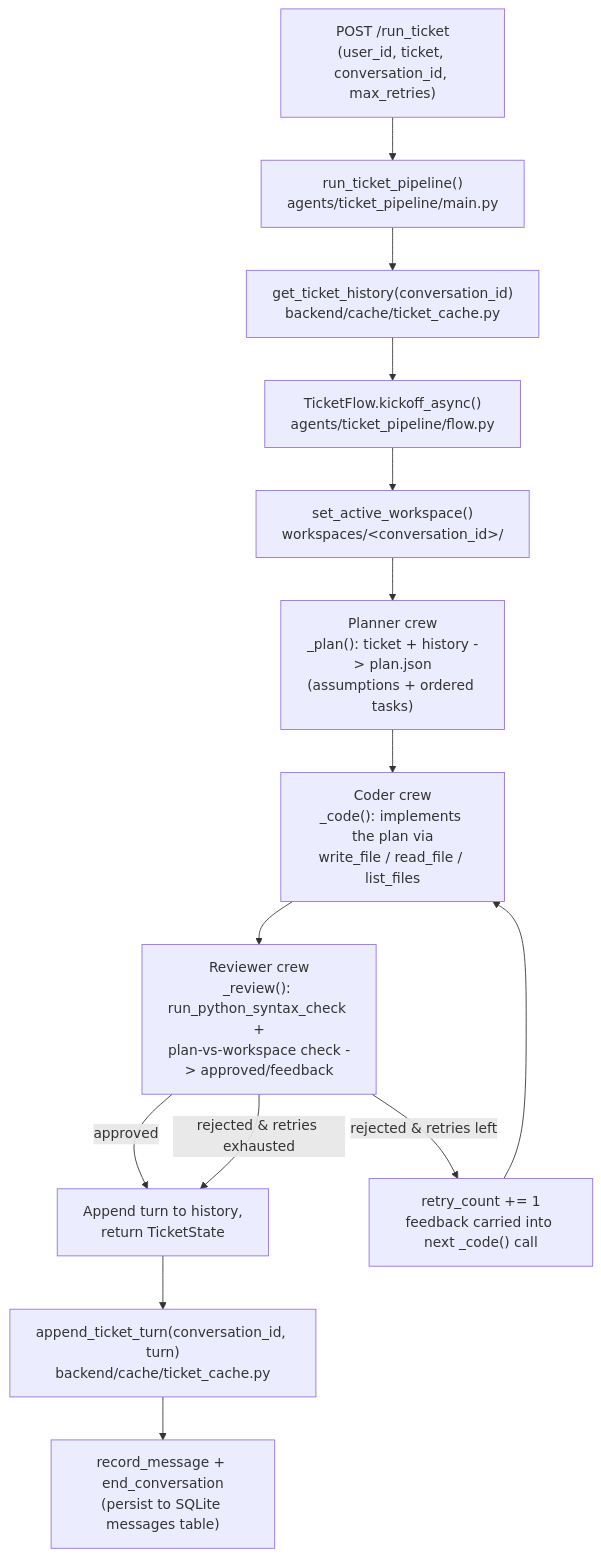
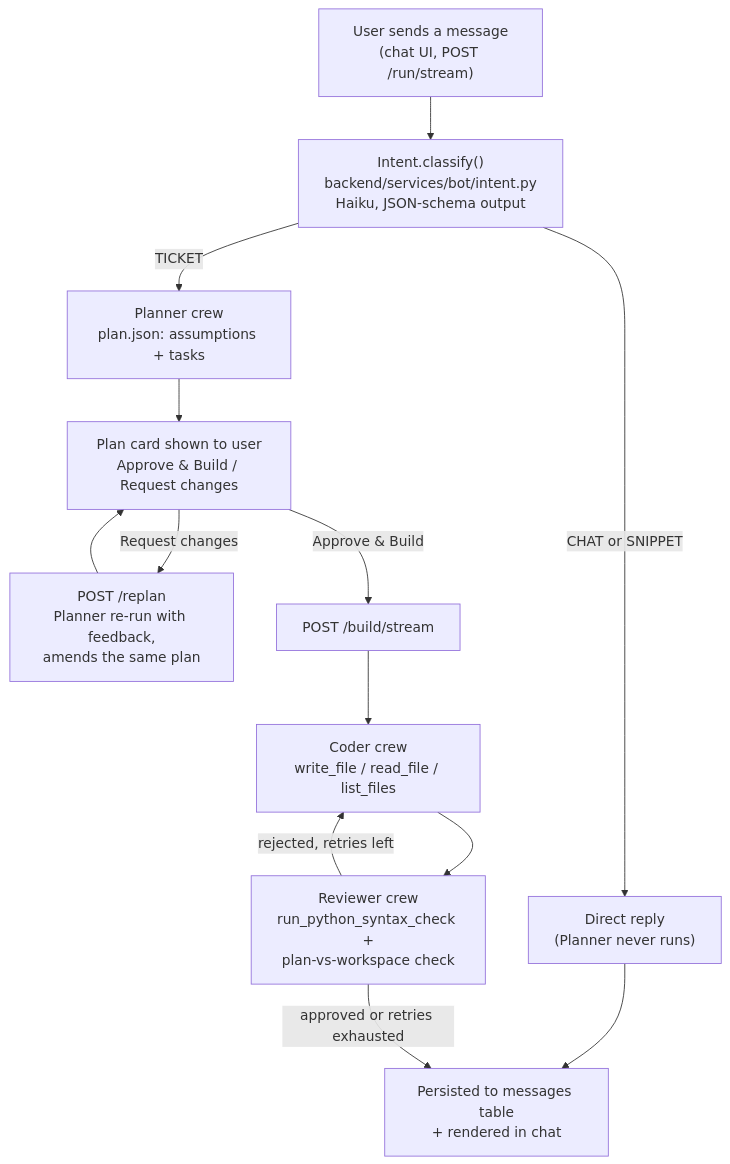
The diagram in README.md (carlosnkd/amper_bot), drawn with Mermaid before and after one commit. The commit also changed other lines of this file and 82 other files, not shown here.

````diff
--- a/README.md
+++ b/README.md
@@ -52,16 +58,15 @@
 ```mermaid
 flowchart TD
-    A["POST /run_ticket\n(user_id, ticket, conversation_id, max_retries)"] --> B["run_ticket_pipeline()\nagents/ticket_pipeline/main.py"]
-    B --> C["get_ticket_history(conversation_id)\nbackend/cache/ticket_cache.py"]
-    C --> D["TicketFlow.kickoff_async()\nagents/ticket_pipeline/flow.py"]
-    D --> E["set_active_workspace()\nworkspaces/&lt;conversation_id&gt;/"]
-    E --> F["Planner crew\n_plan(): ticket + history -> plan.json\n(assumptions + ordered tasks)"]
-    F --> G["Coder crew\n_code(): implements the plan via\nwrite_file / read_file / list_files"]
-    G --> H["Reviewer crew\n_review(): run_python_syntax_check +\nplan-vs-workspace check -> approved/feedback"]
-    H -->|approved| I["Append turn to history,\nreturn TicketState"]
-    H -->|rejected & retries left| J["retry_count += 1\nfeedback carried into next _code() call"]
-    J --> G
-    H -->|rejected & retries exhausted| I
-    I --> K["append_ticket_turn(conversation_id, turn)\nbackend/cache/ticket_cache.py"]
-    K --> L["record_message + end_conversation\n(persist to SQLite messages table)"]
+    A["User sends a message\n(chat UI, POST /run/stream)"] --> B["Intent.classify()\nbackend/services/bot/intent.py\nHaiku, JSON-schema output"]
+    B -->|CHAT or SNIPPET| C["Direct reply\n(Planner never runs)"]
+    B -->|TICKET| D["Planner crew\nplan.json: assumptions + tasks"]
+    C --> E["Persisted to messages table\n+ rendered in chat"]
+    D --> F["Plan card shown to user\nApprove & Build / Request changes"]
+    F -->|Request changes| G["POST /replan\nPlanner re-run with feedback,\namends the same plan"]
+    G --> F
+    F -->|Approve & Build| H["POST /build/stream"]
+    H --> I["Coder crew\nwrite_file / read_file / list_files"]
+    I --> J["Reviewer crew\nrun_python_syntax_check +\nplan-vs-workspace check"]
+    J -->|rejected, retries left| I
+    J -->|approved or retries exhausted| E
 ```
````
